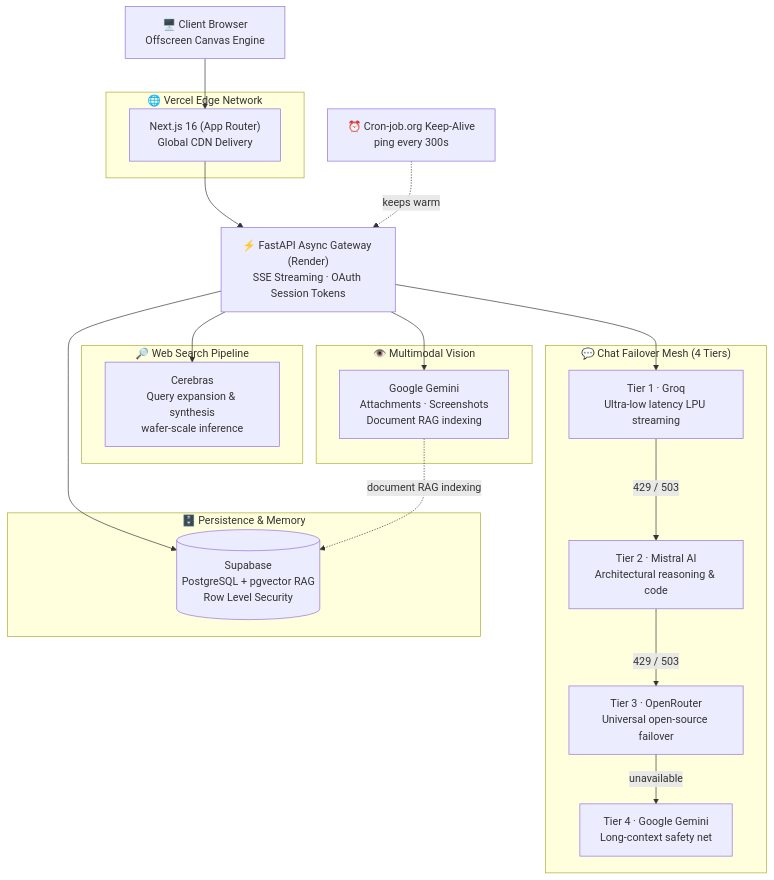
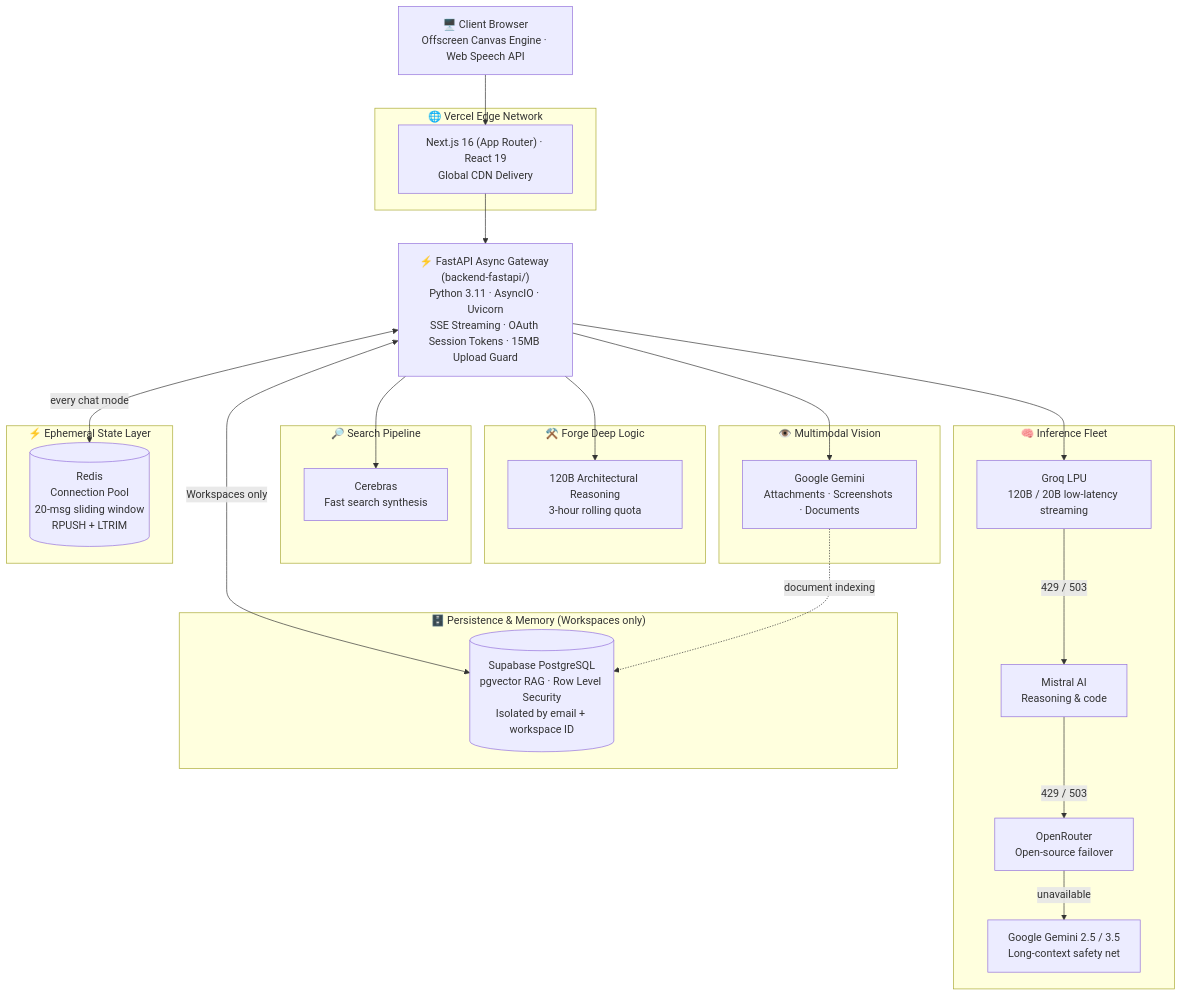
The first of 2 diagrams in README.md (Md-Salik-Ubair/ubair-os), drawn with Mermaid before and after one commit. The commit also changed other lines of this file, not shown here.

Commit message:
fix: update quick chat header to Temporary Chat and lock ephemeral session

````diff
--- a/README.md
+++ b/README.md
@@ -122,39 +139,48 @@
 ```mermaid
 flowchart TD
-    A["🖥️ Client Browser<br/>Offscreen Canvas Engine"] --> VE
+    A["🖥️ Client Browser<br/>Offscreen Canvas Engine · Web Speech API"] --> VE
 
     subgraph EDGE["🌐 Vercel Edge Network"]
-        VE["Next.js 16 (App Router)<br/>Global CDN Delivery"]
+        VE["Next.js 16 (App Router) · React 19<br/>Global CDN Delivery"]
     end
 
-    VE --> B["⚡ FastAPI Async Gateway (Render)<br/>SSE Streaming · OAuth Session Tokens"]
-    K["⏰ Cron-job.org Keep-Alive<br/>ping every 300s"] -.->|"keeps warm"| B
+    VE --> B["⚡ FastAPI Async Gateway (backend-fastapi/)<br/>Python 3.11 · AsyncIO · Uvicorn<br/>SSE Streaming · OAuth Session Tokens · 15MB Upload Guard"]
 
-    subgraph CHAT["💬 Chat Failover Mesh (4 Tiers)"]
-        T1["Tier 1 · Groq<br/>Ultra-low latency LPU streaming"]
-        T2["Tier 2 · Mistral AI<br/>Architectural reasoning & code"]
-        T3["Tier 3 · OpenRouter<br/>Universal open-source failover"]
-        T4["Tier 4 · Google Gemini<br/>Long-context safety net"]
+    subgraph FLEET["🧠 Inference Fleet"]
+        T1["Groq LPU<br/>120B / 20B low-latency streaming"]
+        T2["Mistral AI<br/>Reasoning & code"]
+        T3["OpenRouter<br/>Open-source failover"]
+        T4["Google Gemini 2.5 / 3.5<br/>Long-context safety net"]
         T1 -->|"429 / 503"| T2
         T2 -->|"429 / 503"| T3
         T3 -->|"unavailable"| T4
     end
 
-    subgraph SEARCH["🔎 Web Search Pipeline"]
-        S1["Cerebras<br/>Query expansion & synthesis<br/>wafer-scale inference"]
+    subgraph FORGE["⚒️ Forge Deep Logic"]
+        F1["120B Architectural Reasoning<br/>3-hour rolling quota"]
+    end
+
+    subgraph SEARCH["🔎 Search Pipeline"]
+        S1["Cerebras<br/>Fast search synthesis"]
     end
 
     subgraph VISION["👁️ Multimodal Vision"]
-        V1["Google Gemini<br/>Attachments · Screenshots<br/>Document RAG indexing"]
+        V1["Google Gemini<br/>Attachments · Screenshots · Documents"]
     end
 
-    subgraph DATA["🗄️ Persistence & Memory"]
-        D1[("Supabase<br/>PostgreSQL + pgvector RAG<br/>Row Level Security")]
+    subgraph CACHE["⚡ Ephemeral State Layer"]
+        R1[("Redis<br/>Connection Pool<br/>20-msg sliding window<br/>RPUSH + LTRIM")]
+    end
+
+    subgraph DATA["🗄️ Persistence & Memory (Workspaces only)"]
+        D1[("Supabase PostgreSQL<br/>pgvector RAG · Row Level Security<br/>Isolated by email + workspace ID")]
     end
 
     B --> T1
+    B --> F1
     B --> S1
     B --> V1
-    B --> D1
-    V1 -.->|"document RAG indexing"| D1
+    B <-->|"every chat mode"| R1
+    B <-->|"Workspaces only"| D1
+    V1 -.->|"document indexing"| D1
 ```
````
